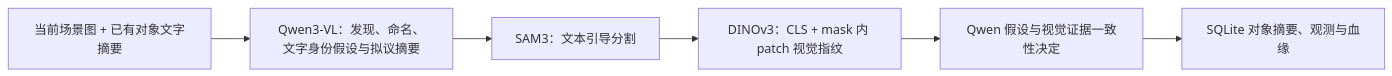
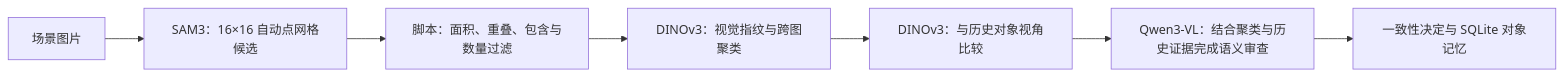
Before and after one commit to xlcooper/Collection-Demo: the diagram in README.md, drawn with Mermaid. The commit also changed other lines of this file and 44 other files, not shown here.

````diff
--- a/README.md
+++ b/README.md
@@ -15,8 +15,9 @@
 ```mermaid
 flowchart LR
-    A["当前场景图 + 已有对象文字摘要"] --> B["Qwen3-VL：发现、命名、文字身份假设与拟议摘要"]
-    B --> C["SAM3：文本引导分割"]
-    C --> D["DINOv3：CLS + mask 内 patch 视觉指纹"]
-    D --> E["Qwen 假设与视觉证据一致性决定"]
-    E --> F["SQLite 对象摘要、观测与血缘"]
+    A["场景图片"] --> B["SAM3：16×16 自动点网格候选"]
+    B --> C["脚本：面积、重叠、包含与数量过滤"]
+    C --> D["DINOv3：视觉指纹与跨图聚类"]
+    D --> E["DINOv3：与历史对象视角比较"]
+    E --> F["Qwen3-VL：结合聚类与历史证据完成语义审查"]
+    F --> G["一致性决定与 SQLite 对象记忆"]
 ```
````
